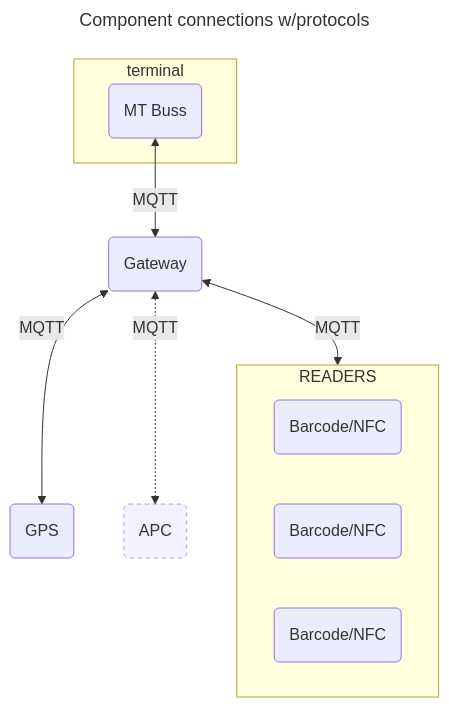
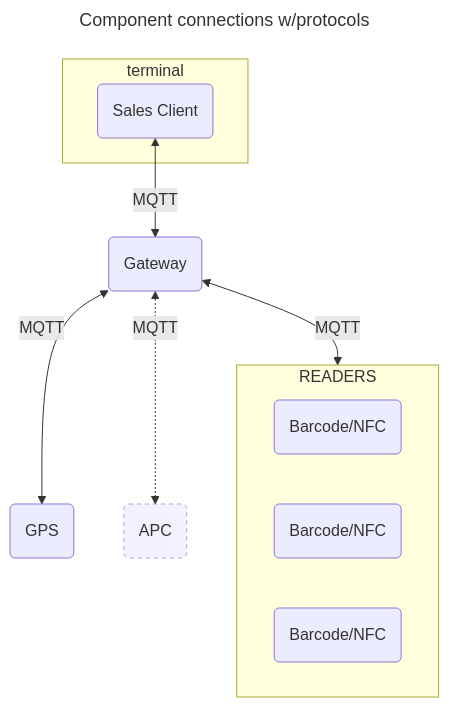
One commit to mrfylke/frammr-mqtt-validator changed the first of 2 diagrams in README.md. Above: the diagram before and after it, drawn with Mermaid. The commit also changed other lines of this file and 26 other files, not shown here.

````diff
--- a/README.md
+++ b/README.md
@@ -96,26 +105,26 @@
 ```mermaid
 ---
 title: Component connections w/protocols
 ---
 
 graph TB
 
     subgraph terminal
-    A(MT Buss)
+    A(Sales Client)
     end
-    A(MT Buss) <--MQTT--> B(Gateway)
+    A(Sales Client) <--MQTT--> B(Gateway)
 
     subgraph READERS
         D(Barcode/NFC)
         E(Barcode/NFC)
         F(Barcode/NFC)
     end
 
     B <--MQTT--> READERS
     B<--MQTT-->G(GPS)
 
     B<-.MQTT.->C(APC)
 
     style C opacity:0.7,stroke-dasharray: 4
 
 ```
````
